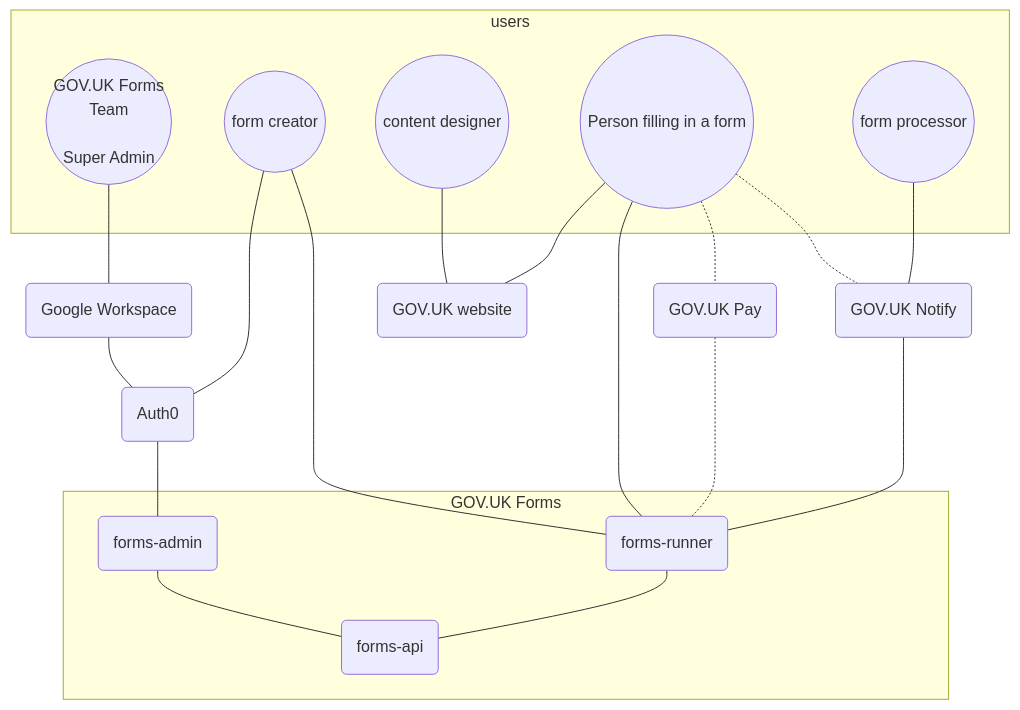
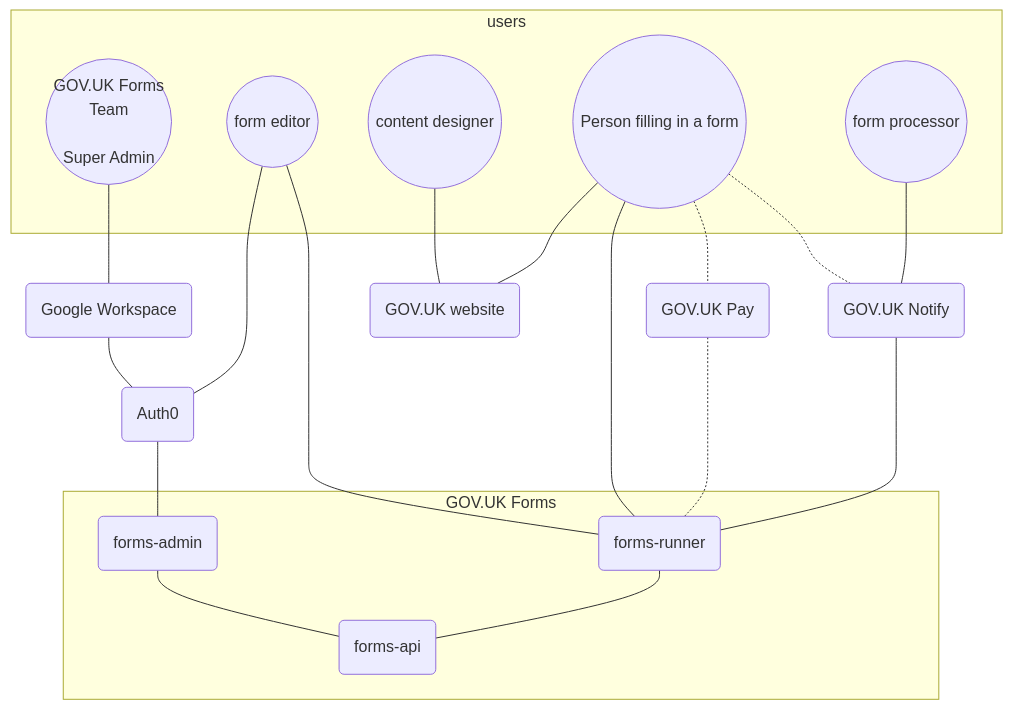
One commit to alphagov/forms changed the diagram in diagrams/sequence-diagrams/README.md. Above: the diagram before and after it, drawn with Mermaid.

Commit message:
renamed some user types

````diff
--- a/diagrams/sequence-diagrams/README.md
+++ b/diagrams/sequence-diagrams/README.md
@@ -11,41 +11,41 @@
 ```mermaid
 graph TD
     subgraph users
         super_admin((GOV.UK Forms<br/>Team<br/><br/>Super Admin))
-        creator((form creator))
+        editor((form editor))
         content((content designer))
-        user((Person filling in a form))
+        filler((Person filling in a form))
         processor((form processor))
     end
 
     auth0(Auth0)
     sso(Google Workspace)
     govuk(GOV.UK website)
 
     super_admin --- sso --- auth0
-    creator --- auth0
+    editor --- auth0
     content --- govuk
 
     subgraph sg1 [GOV.UK Forms]
         admin(forms-admin)
         api(forms-api)
         runner(forms-runner)
     end
 
-    creator---runner
+    editor---runner
 
     auth0 --- admin --- api
-    user --- govuk
-    user --- runner --- api
+    filler --- govuk
+    filler --- runner --- api
 
     notify(GOV.UK Notify)
 
     pay(GOV.UK Pay)
-    user -.- pay -.- runner
+    filler -.- pay -.- runner
 
-    user -.- notify
+    filler -.- notify
     notify --- runner
     processor --- notify
 
 
 ```
````
